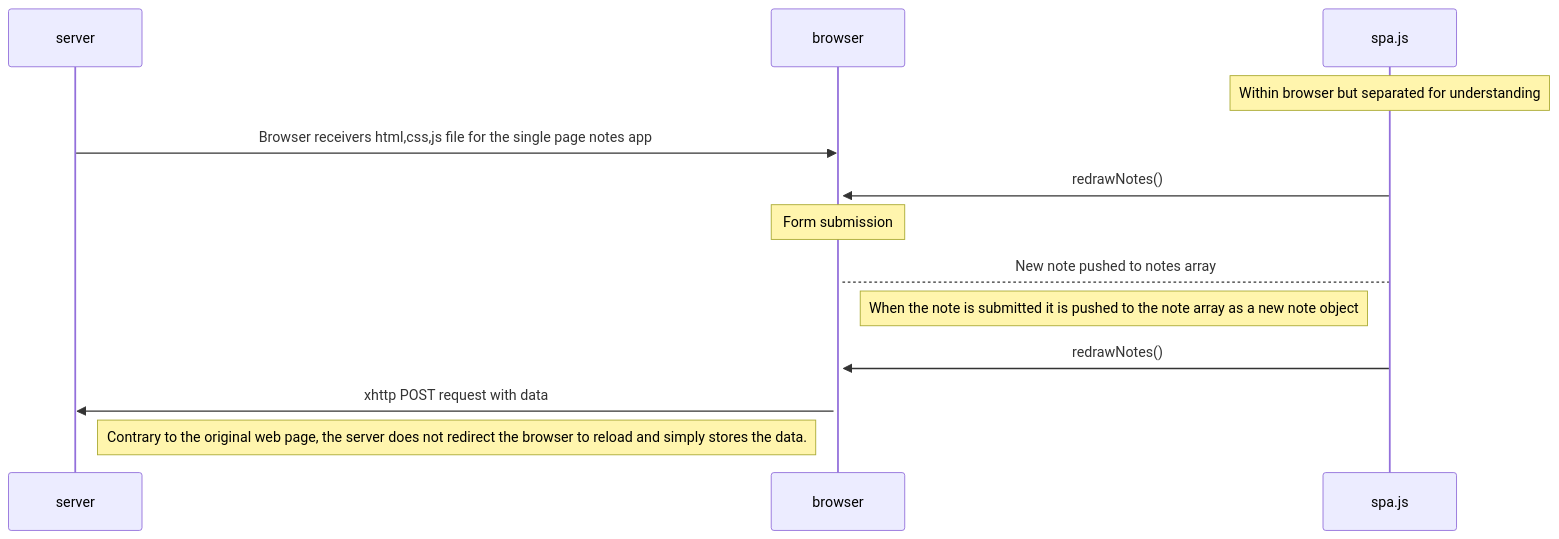
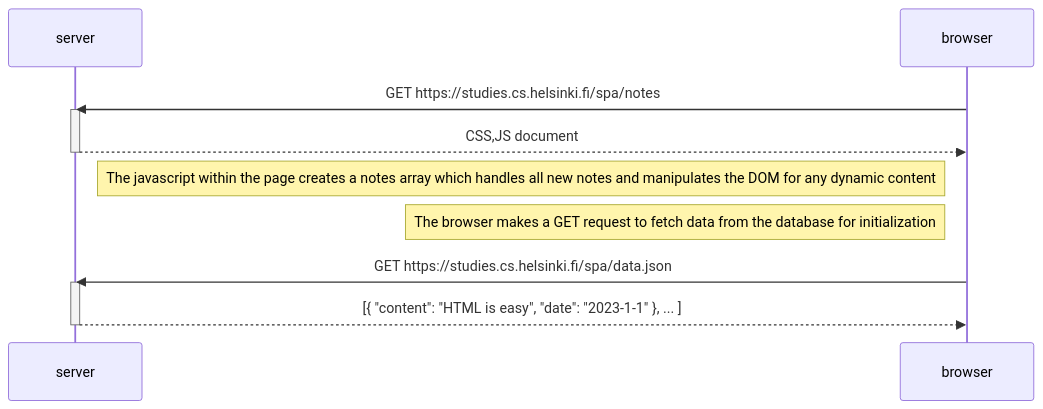
One commit to Yahska-0818/FSO-Exercises changed the diagram in part0/singlePageApp.md. Above: the diagram before and after it, drawn with Mermaid. The commit also changed 2 other files, not shown here.

Commit message:
0.5 fixed and 0.6 done

````diff
--- a/part0/singlePageApp.md
+++ b/part0/singlePageApp.md
@@ -1,18 +1,18 @@
 ```mermaid
 sequenceDiagram
     participant server
     participant browser
-    participant spa.js
 
-    note over spa.js: Within browser but separated for understanding
+    browser->>server: GET https://studies.cs.helsinki.fi/spa/notes
+    activate server
+    server-->>browser: CSS,JS document
+    deactivate server
 
-    server->>browser: Browser receivers html,css,js file for the single page notes app
-    activate browser
-    spa.js ->> browser: redrawNotes()
-    Note over browser: Form submission
-    browser --> spa.js: New note pushed to notes array
-    Note right of browser: When the note is submitted it is pushed to the note array as a new note object
-    spa.js ->> browser: redrawNotes()
-    browser ->> server: xhttp POST request with data
-    Note left of browser: Contrary to the original web page, the server does not redirect the browser to reload and simply stores the data.
+    Note left of browser: The javascript within the page creates a notes array which handles all new notes and manipulates the DOM for any dynamic content
+    Note left of browser: The browser makes a GET request to fetch data from the database for initialization
+
+    browser->>server: GET https://studies.cs.helsinki.fi/spa/data.json
+    activate server
+    server-->>browser: [{ "content": "HTML is easy", "date": "2023-1-1" }, ... ]
+    deactivate server
 ```
````
